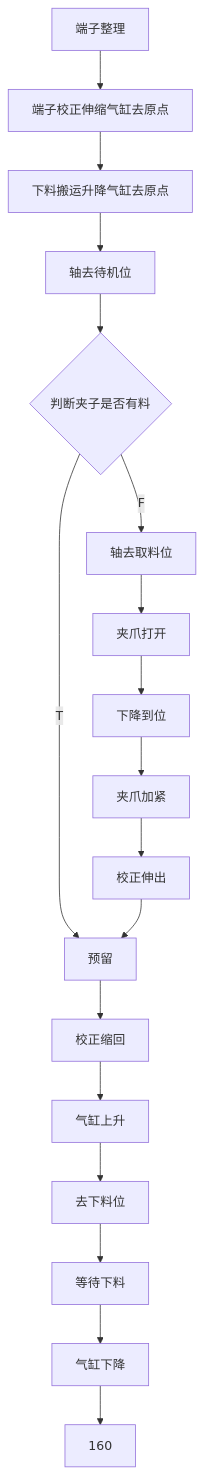
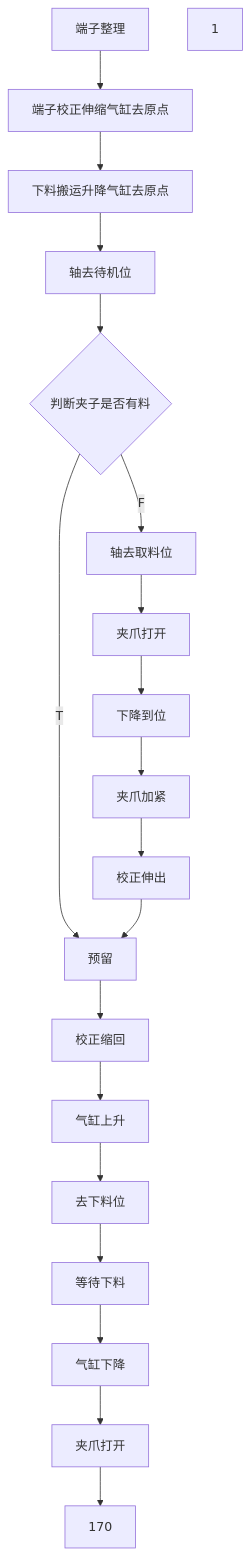
The diagram in all/VR-OP90端子整理.md (zmq000/iodraw-files), drawn with Mermaid before and after one commit.

Commit message:
2026-06-18 11:03:30 update

````diff
--- a/all/VR-OP90端子整理.md
+++ b/all/VR-OP90端子整理.md
@@ -1,25 +1,26 @@
 ```mermaid
 graph TD
 0[端子整理]-->10
 10[端子校正伸缩气缸去原点]-->20
 20[下料搬运升降气缸去原点]-->30
 30[轴去待机位]-->40
 40{判断夹子是否有料}-->|T|100
 40-->|F|50
 50[轴去取料位]-->60
 60[夹爪打开]-->70
 70[下降到位]-->80
 80[夹爪加紧]-->90
 90[校正伸出]-->100
 100[预留]-->110
 110[校正缩回]-->120
 120[气缸上升]-->130
 130[去下料位]-->140
 140[等待下料]-->150
 150[气缸下降]-->160
-160
+160[夹爪打开]-->170
+1
 
 
 
   
 ```
````
